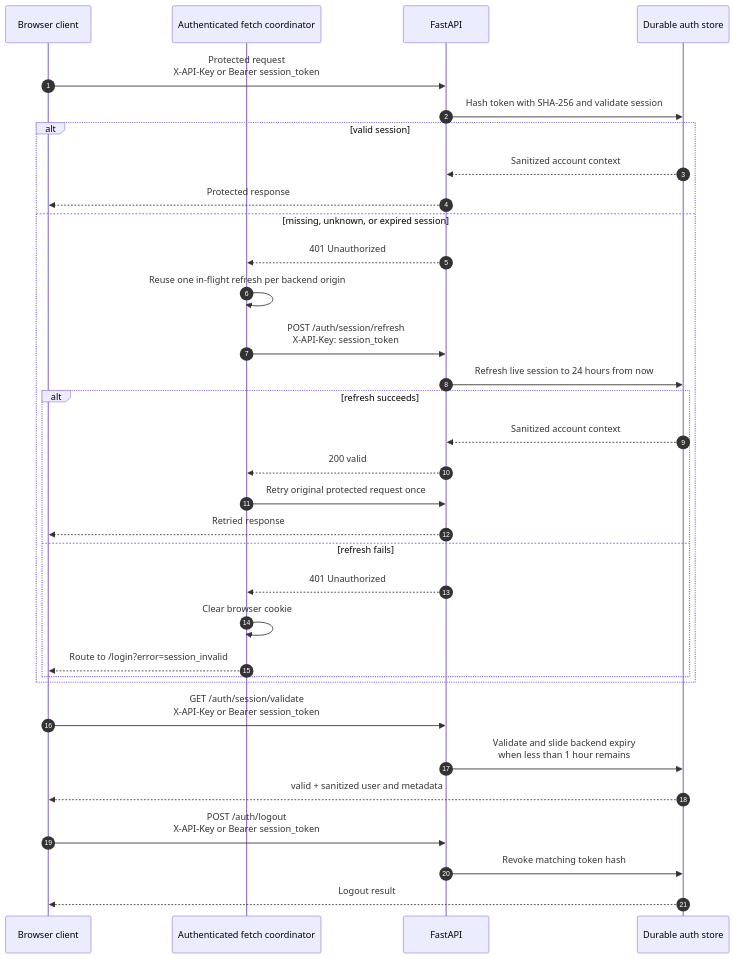
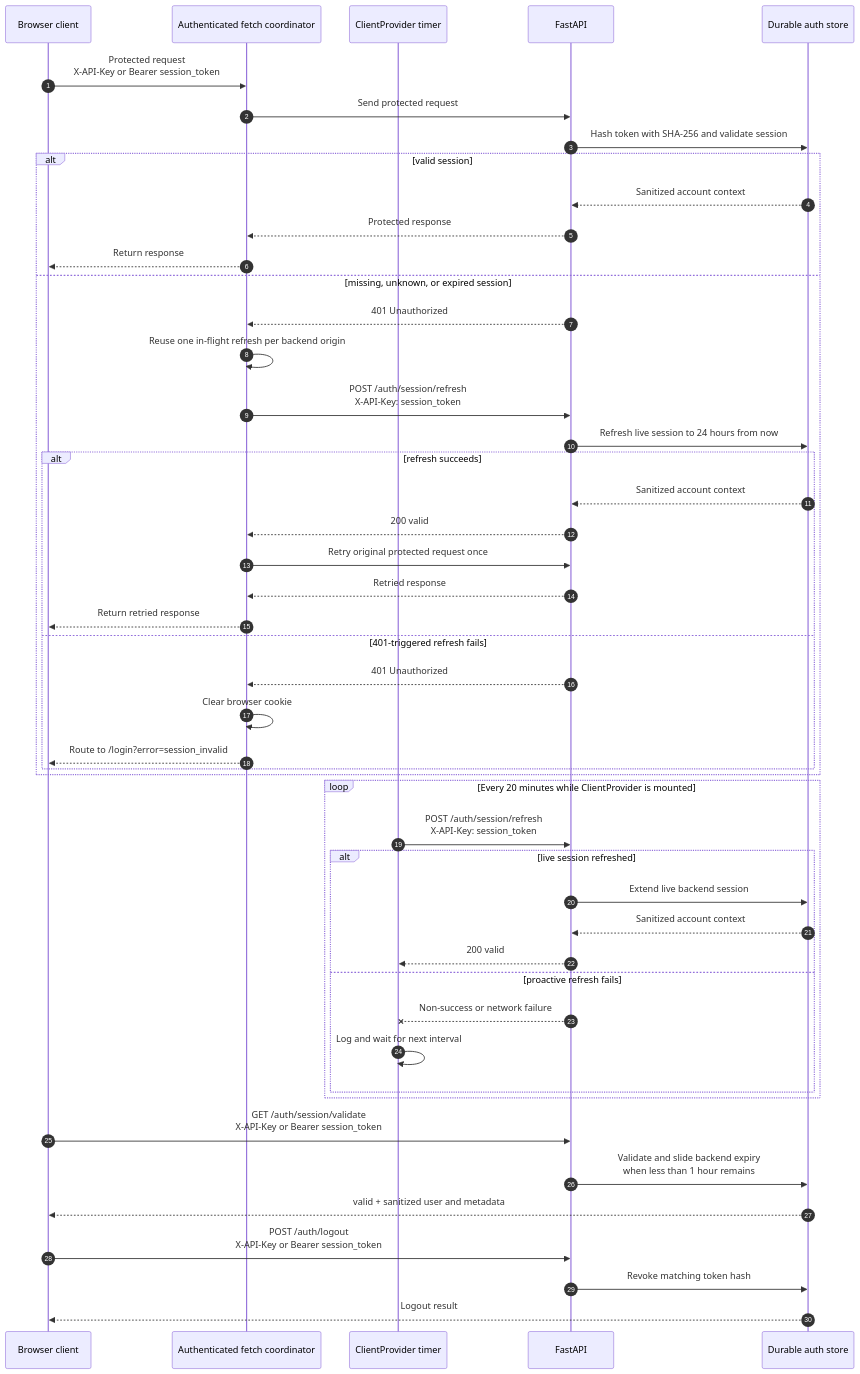
The second of 2 diagrams in documents/authentication/oauth-authentication.md (jerryshao2012/bmo-deepagent-ui), drawn with Mermaid before and after one commit. The commit also changed other lines of this file, not shown here.

Commit message:
docs: refine OAuth session guidance

````diff
--- a/documents/authentication/oauth-authentication.md
+++ b/documents/authentication/oauth-authentication.md
@@ -85,36 +85,51 @@
 ```mermaid
 sequenceDiagram
     autonumber
     participant UI as Browser client
     participant AF as Authenticated fetch coordinator
+    participant CP as ClientProvider timer
     participant API as FastAPI
     participant DB as Durable auth store
 
-    UI->>API: Protected request<br/>X-API-Key or Bearer session_token
+    UI->>AF: Protected request<br/>X-API-Key or Bearer session_token
+    AF->>API: Send protected request
     API->>DB: Hash token with SHA-256 and validate session
     alt valid session
         DB-->>API: Sanitized account context
-        API-->>UI: Protected response
+        API-->>AF: Protected response
+        AF-->>UI: Return response
     else missing, unknown, or expired session
         API-->>AF: 401 Unauthorized
         AF->>AF: Reuse one in-flight refresh per backend origin
         AF->>API: POST /auth/session/refresh<br/>X-API-Key: session_token
         API->>DB: Refresh live session to 24 hours from now
         alt refresh succeeds
             DB-->>API: Sanitized account context
             API-->>AF: 200 valid
             AF->>API: Retry original protected request once
-            API-->>UI: Retried response
-        else refresh fails
+            API-->>AF: Retried response
+            AF-->>UI: Return retried response
+        else 401-triggered refresh fails
             API-->>AF: 401 Unauthorized
             AF->>AF: Clear browser cookie
             AF-->>UI: Route to /login?error=session_invalid
+        end
+    end
+    loop Every 20 minutes while ClientProvider is mounted
+        CP->>API: POST /auth/session/refresh<br/>X-API-Key: session_token
+        alt live session refreshed
+            API->>DB: Extend live backend session
+            DB-->>API: Sanitized account context
+            API-->>CP: 200 valid
+        else proactive refresh fails
+            API--xCP: Non-success or network failure
+            CP->>CP: Log and wait for next interval
         end
     end
     UI->>API: GET /auth/session/validate<br/>X-API-Key or Bearer session_token
     API->>DB: Validate and slide backend expiry<br/>when less than 1 hour remains
     DB-->>UI: valid + sanitized user and metadata
     UI->>API: POST /auth/logout<br/>X-API-Key or Bearer session_token
     API->>DB: Revoke matching token hash
     DB-->>UI: Logout result
 ```
````
